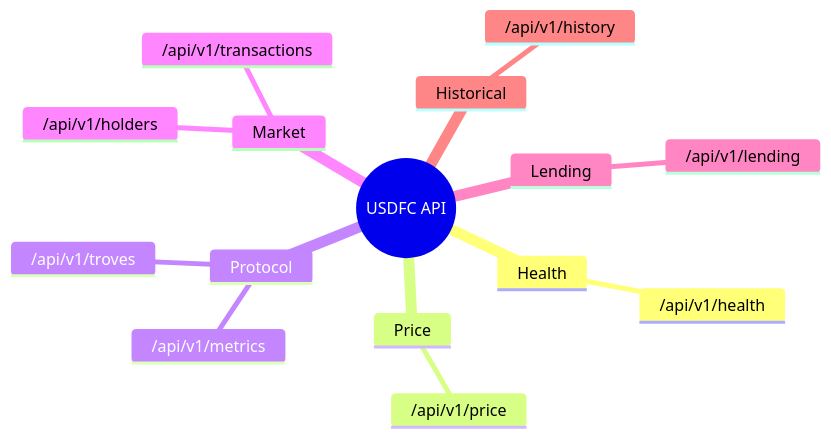
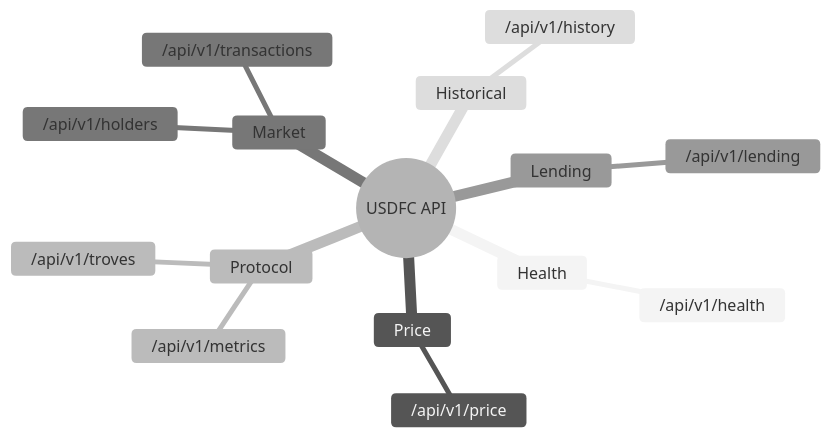
Before and after one commit to symulacr/usdfc-terminal: the third of 3 diagrams in README.md, drawn with Mermaid.

Commit message:
set api mindmap to monochrome theme

````diff
--- a/README.md
+++ b/README.md
@@ -110,18 +110,19 @@
 ```mermaid
+%%{init: {'theme': 'neutral'}}%%
 mindmap
   root((USDFC API))
     Health
       /api/v1/health
     Price
       /api/v1/price
     Protocol
       /api/v1/metrics
       /api/v1/troves
     Market
       /api/v1/holders
       /api/v1/transactions
     Lending
       /api/v1/lending
     Historical
       /api/v1/history
 ```
````
